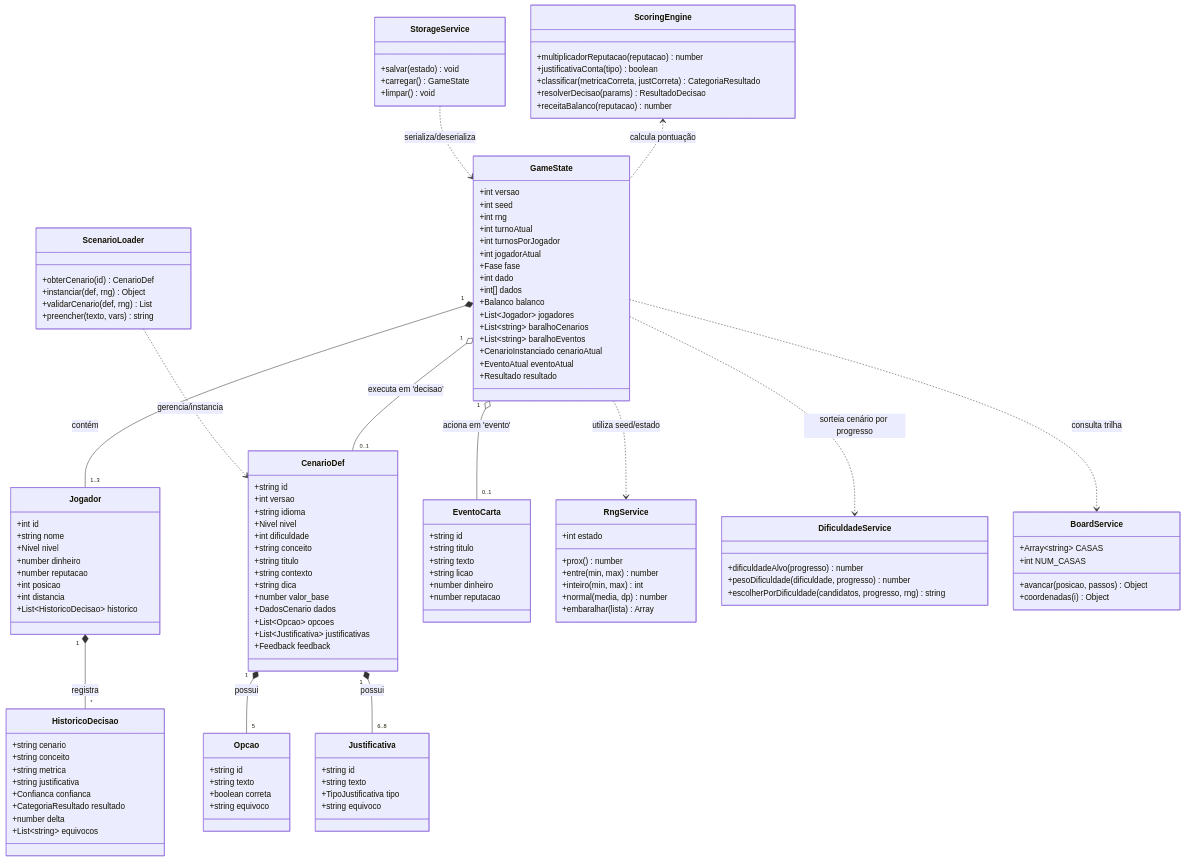
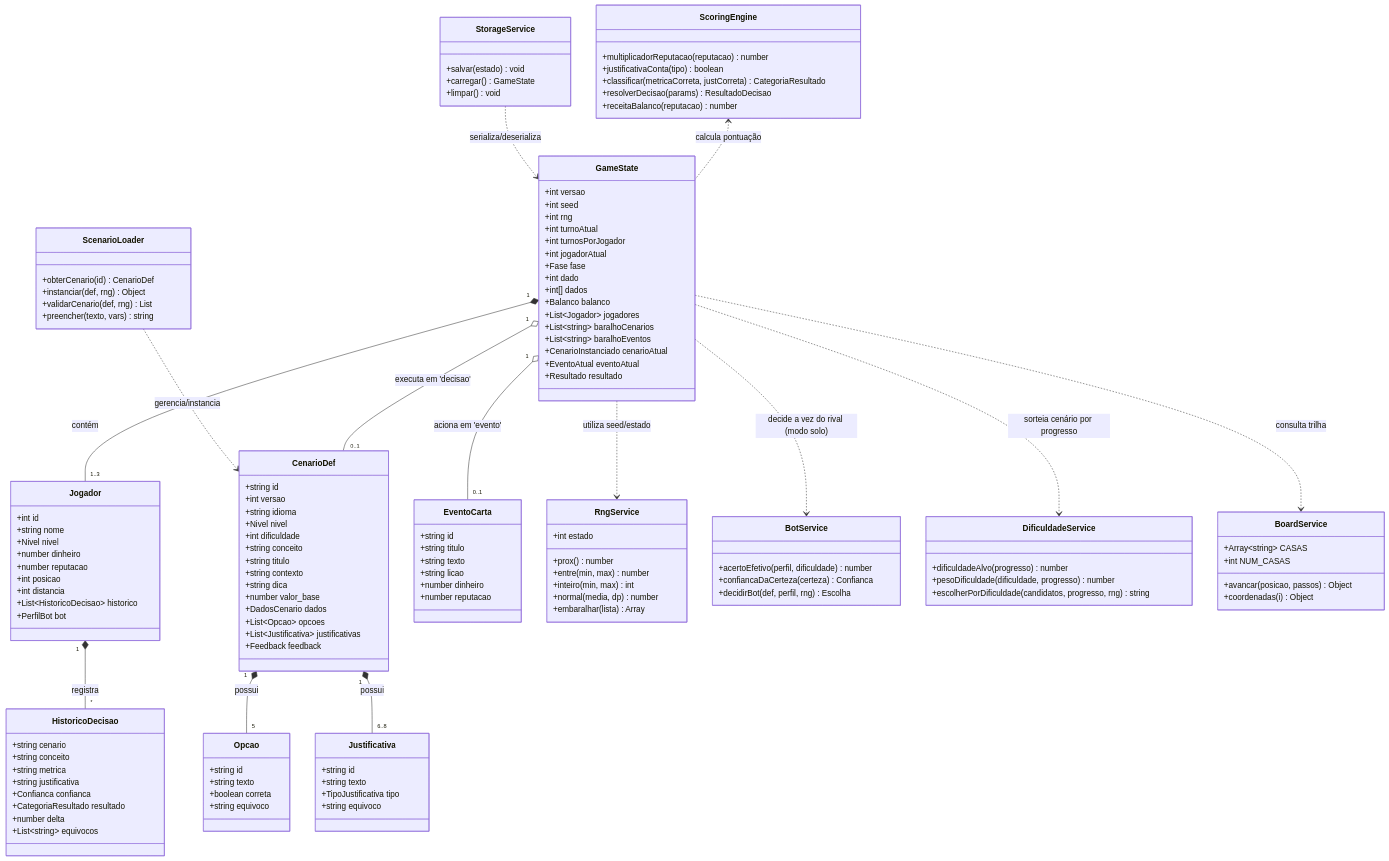
One commit to luiz2801/RFisher changed the first of 4 diagrams in docs/diagramas-uml.md. Above: the diagram before and after it, drawn with Mermaid. The commit also changed other lines of this file and 12 other files, not shown here.

First line of the commit message:
feat: adiciona modo solo contra rival controlado pelo computador

```diff
--- a/docs/diagramas-uml.md
+++ b/docs/diagramas-uml.md
@@ -40,6 +40,7 @@
         +int posicao
         +int distancia
         +List~HistoricoDecisao~ historico
+        +PerfilBot bot
     }
 
     class HistoricoDecisao {
@@ -102,6 +103,12 @@
         +embaralhar(lista) Array
     }
 
+    class BotService {
+        +acertoEfetivo(perfil, dificuldade) number
+        +confiancaDaCerteza(certeza) Confianca
+        +decidirBot(def, perfil, rng) Escolha
+    }
+
     class DificuldadeService {
         +dificuldadeAlvo(progresso) number
         +pesoDificuldade(dificuldade, progresso) number
@@ -146,6 +153,7 @@
     GameState ..> RngService : utiliza seed/estado
     GameState ..> BoardService : consulta trilha
     GameState ..> DificuldadeService : sorteia cenário por progresso
+    GameState ..> BotService : decide a vez do rival (modo solo)
     ScenarioLoader ..> CenarioDef : gerencia/instancia
     ScoringEngine <.. GameState : calcula pontuação
     StorageService ..> GameState : serializa/deserializa
```
